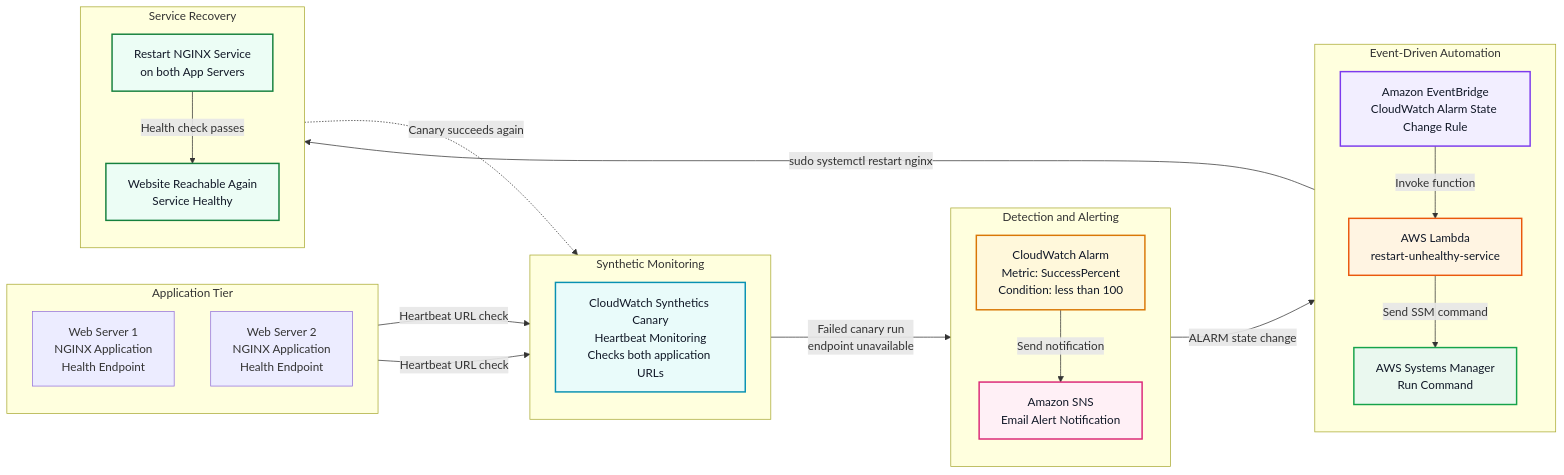
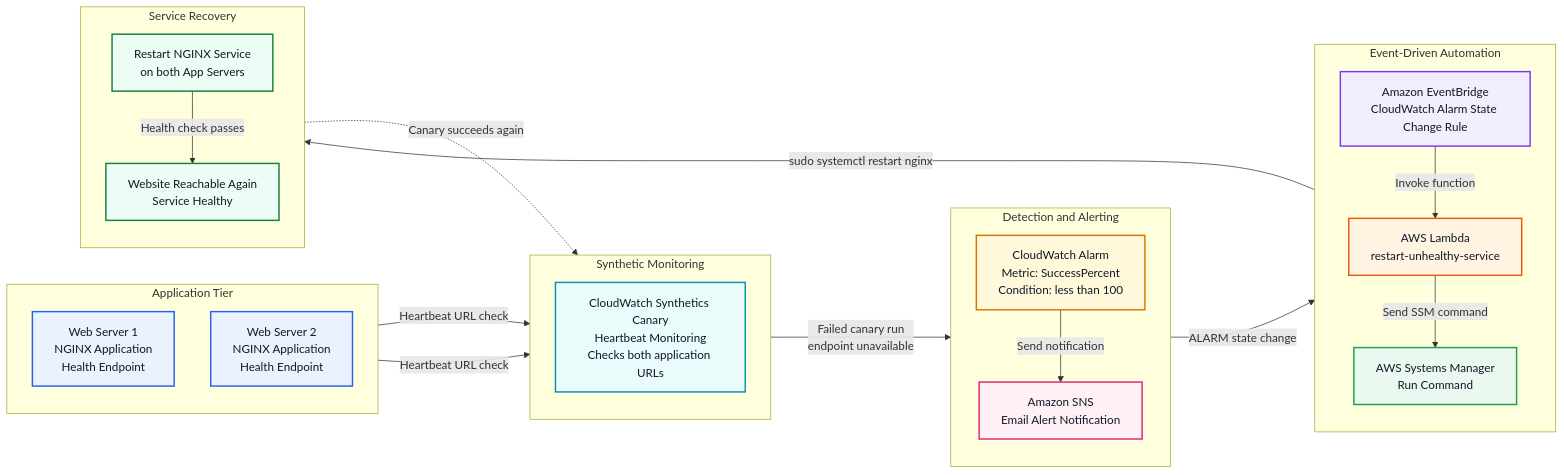
The second of 2 diagrams in README.md (Its-Shiivam22/Cloud-Native-Observability-Platform), drawn with Mermaid before and after one commit. The commit also changed other lines of this file, not shown here.

```diff
--- a/README.md
+++ b/README.md
@@ -244,7 +265,7 @@
     %% =========================
     %% STYLING
     %% =========================
-    classDef app fill:#EAF2FF,stroke:#2563EB,stroke-width:2px,color:#111827;
+    classDef web fill:#EAF2FF,stroke:#2563EB,stroke-width:2px,color:#111827;
     classDef canary fill:#E9FBFA,stroke:#0891B2,stroke-width:2px,color:#111827;
     classDef alarm fill:#FFF8DB,stroke:#D97706,stroke-width:2px,color:#111827;
     classDef sns fill:#FFF0F6,stroke:#DB2777,stroke-width:2px,color:#111827;
@@ -253,7 +274,7 @@
     classDef ssm fill:#EAF8EF,stroke:#16A34A,stroke-width:2px,color:#111827;
     classDef recovery fill:#ECFDF5,stroke:#15803D,stroke-width:2px,color:#111827;
 
-    class App1,App2 app;
+    class WebServer-1,WebServer-2 web;
     class Canary canary;
     class Alarm alarm;
     class SNS sns;
```
